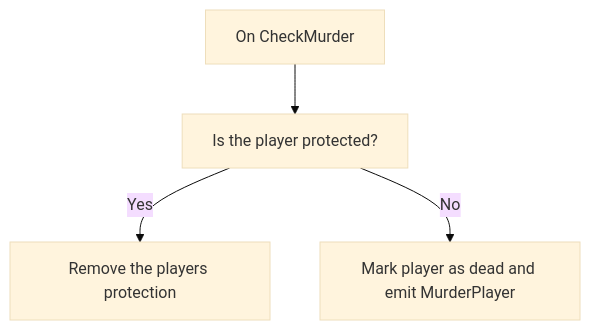
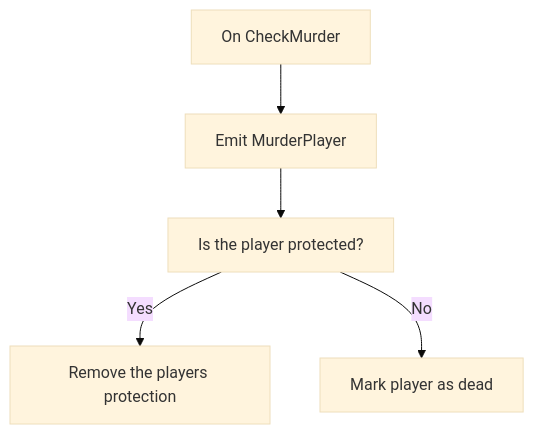
Before and after one commit to MrMelon54/auwiki: the diagram in content/networking/rpc/check_murder_diagram.mmd, drawn with Mermaid (base theme). The commit also changed 12 other files, not shown here.

Commit message:
Update flows and diagrams

```diff
--- a/content/networking/rpc/check_murder_diagram.mmd
+++ b/content/networking/rpc/check_murder_diagram.mmd
@@ -1,10 +1,10 @@
 flowchart TB
-    onCheckMurder[On CheckMurder] --> isPlayerProtected
+    onCheckMurder[On CheckMurder] --> murderPlayer
+    murderPlayer[Emit MurderPlayer] --> isPlayerProtected
     isPlayerProtected[Is the player protected?]
 
     isPlayerProtected -- Yes --> removeProtection
-    isPlayerProtected -- No --> send
+    isPlayerProtected -- No --> markPlayerAsDead
 
     removeProtection[Remove the players protection]
-
-    send[Mark player as dead and emit MurderPlayer]
+    markPlayerAsDead[Mark player as dead]
```
